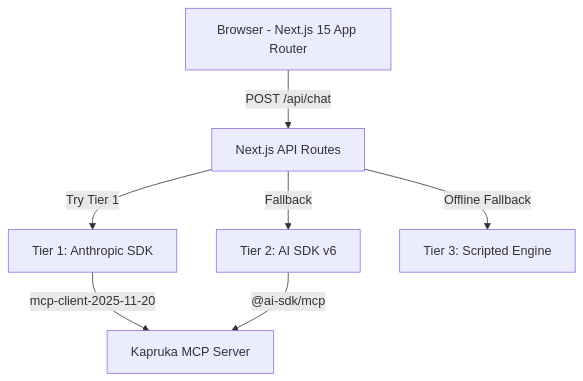
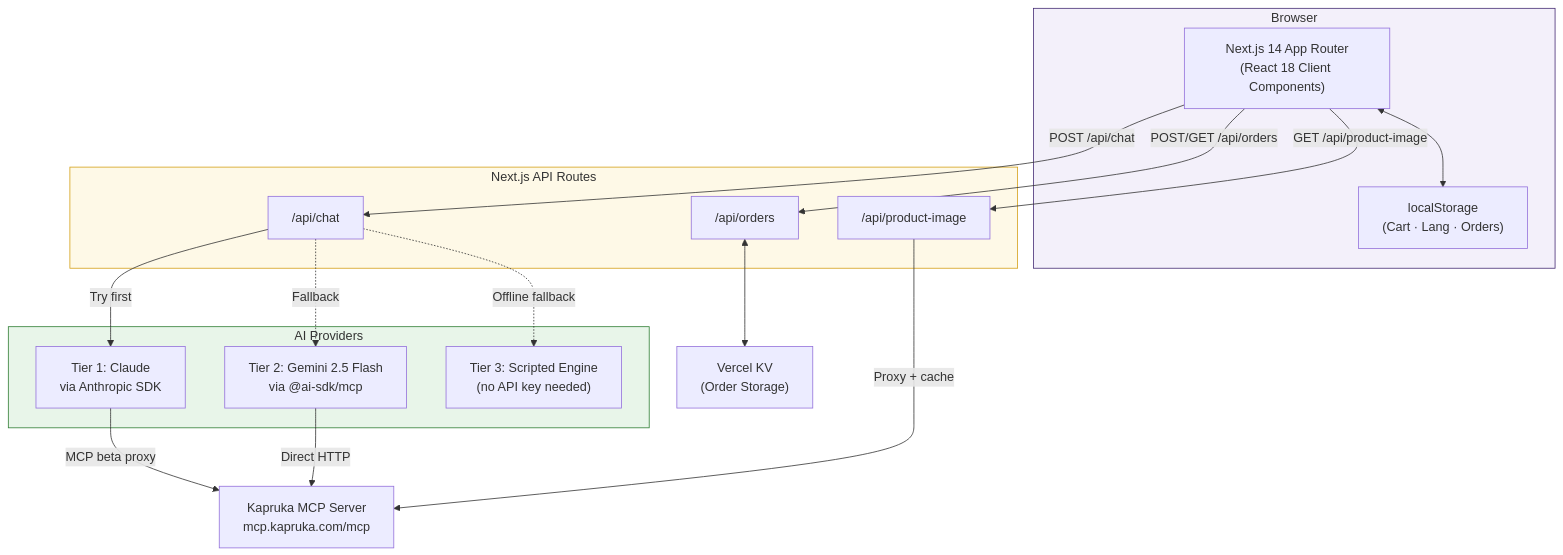
The first of 3 diagrams in README.md (LasaKaru/kapri), drawn with Mermaid before and after one commit. The commit also changed other lines of this file, not shown here.

Commit message:
docs: update README with tech stack adjustments, new seasonal features, and revised architecture diagrams

````diff
--- a/README.md
+++ b/README.md
@@ -52,17 +32,41 @@
 ```mermaid
-graph TD
-    B[Browser - Next.js 15 App Router]
-    API[Next.js API Routes]
-    T1[Tier 1: Anthropic SDK]
-    T2[Tier 2: AI SDK v6]
-    T3[Tier 3: Scripted Engine]
-    K[Kapruka MCP Server]
-    
-    B -- POST /api/chat --> API
-    API -- "Try Tier 1" --> T1
-    API -- "Fallback" --> T2
-    API -- "Offline Fallback" --> T3
-    
-    T1 -- "mcp-client-2025-11-20" --> K
-    T2 -- "@ai-sdk/mcp" --> K
+graph TB
+    subgraph Client ["Browser"]
+        UI["Next.js 14 App Router<br/>(React 18 Client Components)"]
+        LS["localStorage<br/>(Cart · Lang · Orders)"]
+    end
+
+    subgraph Server ["Next.js API Routes"]
+        CHAT["/api/chat"]
+        IMG["/api/product-image"]
+        ORD["/api/orders"]
+    end
+
+    subgraph AI ["AI Providers"]
+        T1["Tier 1: Claude<br/>via Anthropic SDK"]
+        T2["Tier 2: Gemini 2.5 Flash<br/>via @ai-sdk/mcp"]
+        T3["Tier 3: Scripted Engine<br/>(no API key needed)"]
+    end
+
+    KV["Vercel KV<br/>(Order Storage)"]
+    MCP["Kapruka MCP Server<br/>mcp.kapruka.com/mcp"]
+
+    UI -- "POST /api/chat" --> CHAT
+    UI -- "GET /api/product-image" --> IMG
+    UI -- "POST/GET /api/orders" --> ORD
+    UI <--> LS
+
+    CHAT -- "Try first" --> T1
+    CHAT -. "Fallback" .-> T2
+    CHAT -. "Offline fallback" .-> T3
+
+    T1 -- "MCP beta proxy" --> MCP
+    T2 -- "Direct HTTP" --> MCP
+
+    ORD <--> KV
+    IMG -- "Proxy + cache" --> MCP
+
+    style Client fill:#f3f0fa,stroke:#442A73
+    style Server fill:#fef9e7,stroke:#d4a017
+    style AI fill:#e8f5e9,stroke:#2e7d32
 ```
````
